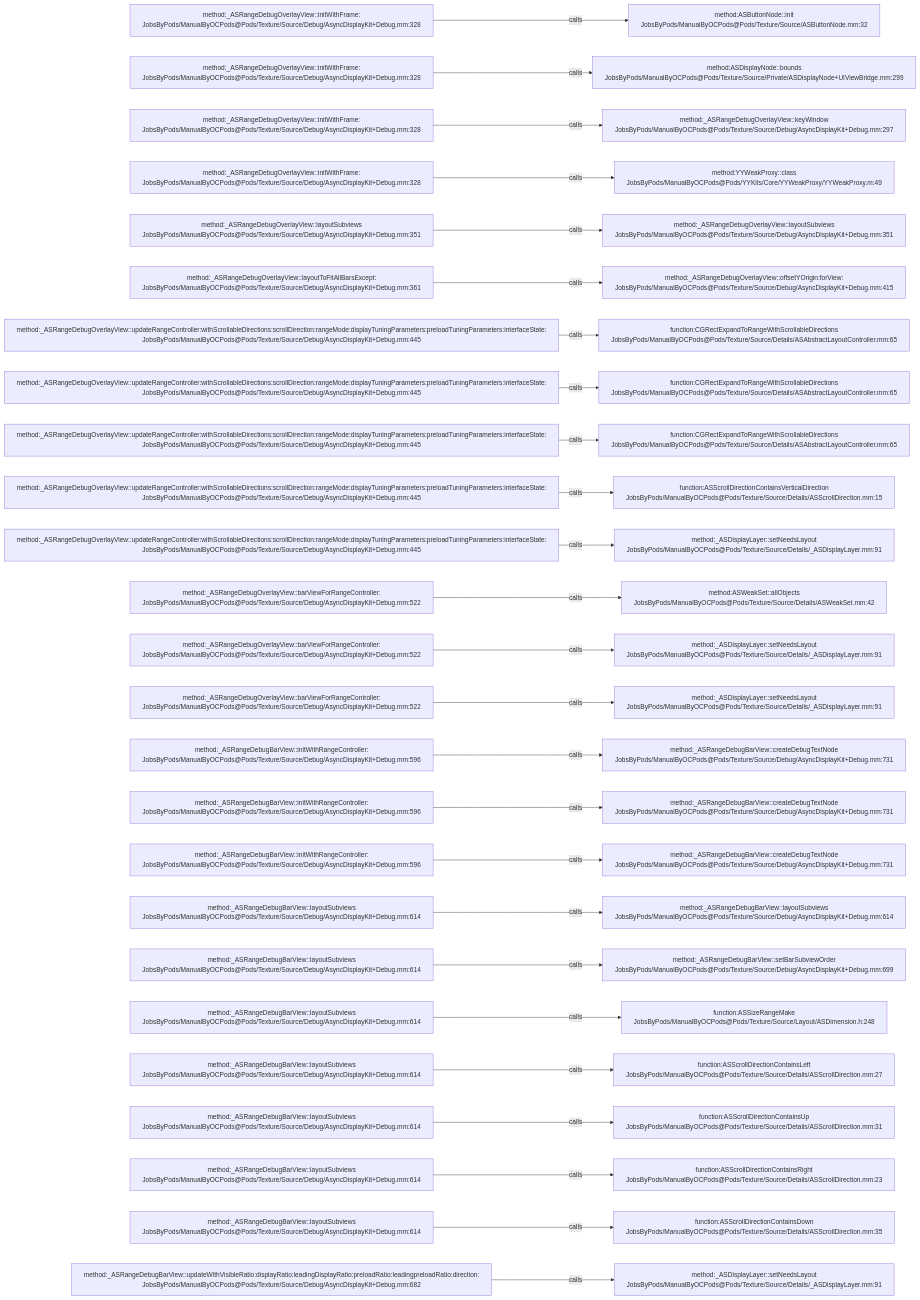
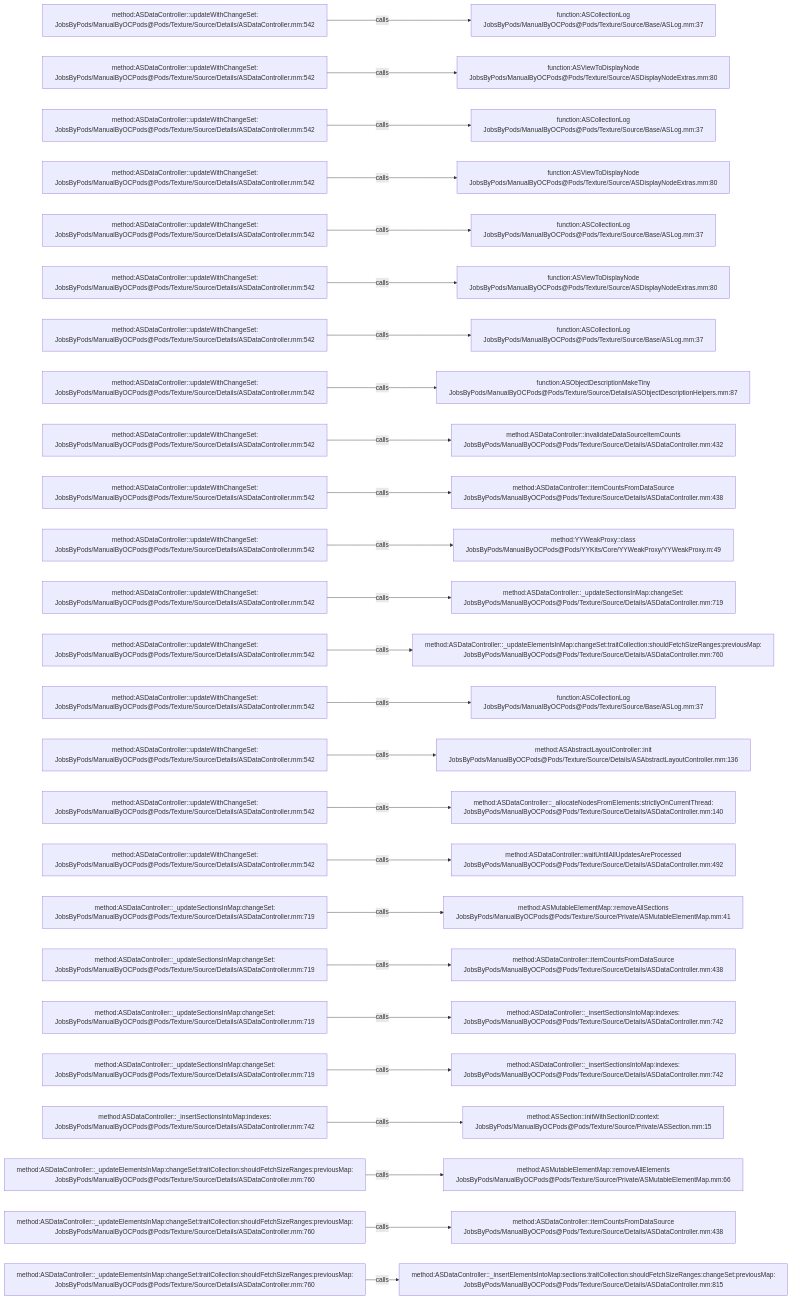
The diagram in .codegraph/codegraph.md/graphs/calls-147.md (JobsKits/JobsOCBaseConfigDemo), drawn with Mermaid before and after one commit. The commit also changed 1448 other files, not shown here.

````diff
--- a/.codegraph/codegraph.md/graphs/calls-147.md
+++ b/.codegraph/codegraph.md/graphs/calls-147.md
@@ -13,78 +13,78 @@
 ```mermaid
 flowchart LR
-  S1["method:_ASRangeDebugOverlayView::initWithFrame:<br/>JobsByPods/ManualByOCPods@Pods/Texture/Source/Debug/AsyncDisplayKit+Debug.mm:328"]
-  T1["method:ASButtonNode::init<br/>JobsByPods/ManualByOCPods@Pods/Texture/Source/ASButtonNode.mm:32"]
+  S1["method:ASDataController::updateWithChangeSet:<br/>JobsByPods/ManualByOCPods@Pods/Texture/Source/Details/ASDataController.mm:542"]
+  T1["function:ASCollectionLog<br/>JobsByPods/ManualByOCPods@Pods/Texture/Source/Base/ASLog.mm:37"]
   S1 -->|calls| T1
-  S2["method:_ASRangeDebugOverlayView::initWithFrame:<br/>JobsByPods/ManualByOCPods@Pods/Texture/Source/Debug/AsyncDisplayKit+Debug.mm:328"]
-  T2["method:ASDisplayNode::bounds<br/>JobsByPods/ManualByOCPods@Pods/Texture/Source/Private/ASDisplayNode+UIViewBridge.mm:299"]
+  S2["method:ASDataController::updateWithChangeSet:<br/>JobsByPods/ManualByOCPods@Pods/Texture/Source/Details/ASDataController.mm:542"]
+  T2["function:ASViewToDisplayNode<br/>JobsByPods/ManualByOCPods@Pods/Texture/Source/ASDisplayNodeExtras.mm:80"]
   S2 -->|calls| T2
-  S3["method:_ASRangeDebugOverlayView::initWithFrame:<br/>JobsByPods/ManualByOCPods@Pods/Texture/Source/Debug/AsyncDisplayKit+Debug.mm:328"]
-  T3["method:_ASRangeDebugOverlayView::keyWindow<br/>JobsByPods/ManualByOCPods@Pods/Texture/Source/Debug/AsyncDisplayKit+Debug.mm:297"]
+  S3["method:ASDataController::updateWithChangeSet:<br/>JobsByPods/ManualByOCPods@Pods/Texture/Source/Details/ASDataController.mm:542"]
+  T3["function:ASCollectionLog<br/>JobsByPods/ManualByOCPods@Pods/Texture/Source/Base/ASLog.mm:37"]
   S3 -->|calls| T3
-  S4["method:_ASRangeDebugOverlayView::initWithFrame:<br/>JobsByPods/ManualByOCPods@Pods/Texture/Source/Debug/AsyncDisplayKit+Debug.mm:328"]
-  T4["method:YYWeakProxy::class<br/>JobsByPods/ManualByOCPods@Pods/YYKits/Core/YYWeakProxy/YYWeakProxy.m:49"]
+  S4["method:ASDataController::updateWithChangeSet:<br/>JobsByPods/ManualByOCPods@Pods/Texture/Source/Details/ASDataController.mm:542"]
+  T4["function:ASViewToDisplayNode<br/>JobsByPods/ManualByOCPods@Pods/Texture/Source/ASDisplayNodeExtras.mm:80"]
   S4 -->|calls| T4
-  S5["method:_ASRangeDebugOverlayView::layoutSubviews<br/>JobsByPods/ManualByOCPods@Pods/Texture/Source/Debug/AsyncDisplayKit+Debug.mm:351"]
-  T5["method:_ASRangeDebugOverlayView::layoutSubviews<br/>JobsByPods/ManualByOCPods@Pods/Texture/Source/Debug/AsyncDisplayKit+Debug.mm:351"]
+  S5["method:ASDataController::updateWithChangeSet:<br/>JobsByPods/ManualByOCPods@Pods/Texture/Source/Details/ASDataController.mm:542"]
+  T5["function:ASCollectionLog<br/>JobsByPods/ManualByOCPods@Pods/Texture/Source/Base/ASLog.mm:37"]
   S5 -->|calls| T5
-  S6["method:_ASRangeDebugOverlayView::layoutToFitAllBarsExcept:<br/>JobsByPods/ManualByOCPods@Pods/Texture/Source/Debug/AsyncDisplayKit+Debug.mm:361"]
-  T6["method:_ASRangeDebugOverlayView::offsetYOrigin:forView:<br/>JobsByPods/ManualByOCPods@Pods/Texture/Source/Debug/AsyncDisplayKit+Debug.mm:415"]
+  S6["method:ASDataController::updateWithChangeSet:<br/>JobsByPods/ManualByOCPods@Pods/Texture/Source/Details/ASDataController.mm:542"]
+  T6["function:ASViewToDisplayNode<br/>JobsByPods/ManualByOCPods@Pods/Texture/Source/ASDisplayNodeExtras.mm:80"]
   S6 -->|calls| T6
-  S7["method:_ASRangeDebugOverlayView::updateRangeController:withScrollableDirections:scrollDirection:rangeMode:displayTuningParameters:preloadTuningParameters:interfaceState:<br/>JobsByPods/ManualByOCPods@Pods/Texture/Source/Debug/AsyncDisplayKit+Debug.mm:445"]
-  T7["function:CGRectExpandToRangeWithScrollableDirections<br/>JobsByPods/ManualByOCPods@Pods/Texture/Source/Details/ASAbstractLayoutController.mm:65"]
+  S7["method:ASDataController::updateWithChangeSet:<br/>JobsByPods/ManualByOCPods@Pods/Texture/Source/Details/ASDataController.mm:542"]
+  T7["function:ASCollectionLog<br/>JobsByPods/ManualByOCPods@Pods/Texture/Source/Base/ASLog.mm:37"]
   S7 -->|calls| T7
-  S8["method:_ASRangeDebugOverlayView::updateRangeController:withScrollableDirections:scrollDirection:rangeMode:displayTuningParameters:preloadTuningParameters:interfaceState:<br/>JobsByPods/ManualByOCPods@Pods/Texture/Source/Debug/AsyncDisplayKit+Debug.mm:445"]
-  T8["function:CGRectExpandToRangeWithScrollableDirections<br/>JobsByPods/ManualByOCPods@Pods/Texture/Source/Details/ASAbstractLayoutController.mm:65"]
+  S8["method:ASDataController::updateWithChangeSet:<br/>JobsByPods/ManualByOCPods@Pods/Texture/Source/Details/ASDataController.mm:542"]
+  T8["function:ASObjectDescriptionMakeTiny<br/>JobsByPods/ManualByOCPods@Pods/Texture/Source/Details/ASObjectDescriptionHelpers.mm:87"]
   S8 -->|calls| T8
-  S9["method:_ASRangeDebugOverlayView::updateRangeController:withScrollableDirections:scrollDirection:rangeMode:displayTuningParameters:preloadTuningParameters:interfaceState:<br/>JobsByPods/ManualByOCPods@Pods/Texture/Source/Debug/AsyncDisplayKit+Debug.mm:445"]
-  T9["function:CGRectExpandToRangeWithScrollableDirections<br/>JobsByPods/ManualByOCPods@Pods/Texture/Source/Details/ASAbstractLayoutController.mm:65"]
+  S9["method:ASDataController::updateWithChangeSet:<br/>JobsByPods/ManualByOCPods@Pods/Texture/Source/Details/ASDataController.mm:542"]
+  T9["method:ASDataController::invalidateDataSourceItemCounts<br/>JobsByPods/ManualByOCPods@Pods/Texture/Source/Details/ASDataController.mm:432"]
   S9 -->|calls| T9
-  S10["method:_ASRangeDebugOverlayView::updateRangeController:withScrollableDirections:scrollDirection:rangeMode:displayTuningParameters:preloadTuningParameters:interfaceState:<br/>JobsByPods/ManualByOCPods@Pods/Texture/Source/Debug/AsyncDisplayKit+Debug.mm:445"]
-  T10["function:ASScrollDirectionContainsVerticalDirection<br/>JobsByPods/ManualByOCPods@Pods/Texture/Source/Details/ASScrollDirection.mm:15"]
+  S10["method:ASDataController::updateWithChangeSet:<br/>JobsByPods/ManualByOCPods@Pods/Texture/Source/Details/ASDataController.mm:542"]
+  T10["method:ASDataController::itemCountsFromDataSource<br/>JobsByPods/ManualByOCPods@Pods/Texture/Source/Details/ASDataController.mm:438"]
   S10 -->|calls| T10
-  S11["method:_ASRangeDebugOverlayView::updateRangeController:withScrollableDirections:scrollDirection:rangeMode:displayTuningParameters:preloadTuningParameters:interfaceState:<br/>JobsByPods/ManualByOCPods@Pods/Texture/Source/Debug/AsyncDisplayKit+Debug.mm:445"]
-  T11["method:_ASDisplayLayer::setNeedsLayout<br/>JobsByPods/ManualByOCPods@Pods/Texture/Source/Details/_ASDisplayLayer.mm:91"]
+  S11["method:ASDataController::updateWithChangeSet:<br/>JobsByPods/ManualByOCPods@Pods/Texture/Source/Details/ASDataController.mm:542"]
+  T11["method:YYWeakProxy::class<br/>JobsByPods/ManualByOCPods@Pods/YYKits/Core/YYWeakProxy/YYWeakProxy.m:49"]
   S11 -->|calls| T11
-  S12["method:_ASRangeDebugOverlayView::barViewForRangeController:<br/>JobsByPods/ManualByOCPods@Pods/Texture/Source/Debug/AsyncDisplayKit+Debug.mm:522"]
-  T12["method:ASWeakSet::allObjects<br/>JobsByPods/ManualByOCPods@Pods/Texture/Source/Details/ASWeakSet.mm:42"]
+  S12["method:ASDataController::updateWithChangeSet:<br/>JobsByPods/ManualByOCPods@Pods/Texture/Source/Details/ASDataController.mm:542"]
+  T12["method:ASDataController::_updateSectionsInMap:changeSet:<br/>JobsByPods/ManualByOCPods@Pods/Texture/Source/Details/ASDataController.mm:719"]
   S12 -->|calls| T12
-  S13["method:_ASRangeDebugOverlayView::barViewForRangeController:<br/>JobsByPods/ManualByOCPods@Pods/Texture/Source/Debug/AsyncDisplayKit+Debug.mm:522"]
-  T13["method:_ASDisplayLayer::setNeedsLayout<br/>JobsByPods/ManualByOCPods@Pods/Texture/Source/Details/_ASDisplayLayer.mm:91"]
+  S13["method:ASDataController::updateWithChangeSet:<br/>JobsByPods/ManualByOCPods@Pods/Texture/Source/Details/ASDataController.mm:542"]
+  T13["method:ASDataController::_updateElementsInMap:changeSet:traitCollection:shouldFetchSizeRanges:previousMap:<br/>JobsByPods/ManualByOCPods@Pods/Texture/Source/Details/ASDataController.mm:760"]
   S13 -->|calls| T13
-  S14["method:_ASRangeDebugOverlayView::barViewForRangeController:<br/>JobsByPods/ManualByOCPods@Pods/Texture/Source/Debug/AsyncDisplayKit+Debug.mm:522"]
-  T14["method:_ASDisplayLayer::setNeedsLayout<br/>JobsByPods/ManualByOCPods@Pods/Texture/Source/Details/_ASDisplayLayer.mm:91"]
+  S14["method:ASDataController::updateWithChangeSet:<br/>JobsByPods/ManualByOCPods@Pods/Texture/Source/Details/ASDataController.mm:542"]
+  T14["function:ASCollectionLog<br/>JobsByPods/ManualByOCPods@Pods/Texture/Source/Base/ASLog.mm:37"]
   S14 -->|calls| T14
-  S15["method:_ASRangeDebugBarView::initWithRangeController:<br/>JobsByPods/ManualByOCPods@Pods/Texture/Source/Debug/AsyncDisplayKit+Debug.mm:596"]
-  T15["method:_ASRangeDebugBarView::createDebugTextNode<br/>JobsByPods/ManualByOCPods@Pods/Texture/Source/Debug/AsyncDisplayKit+Debug.mm:731"]
+  S15["method:ASDataController::updateWithChangeSet:<br/>JobsByPods/ManualByOCPods@Pods/Texture/Source/Details/ASDataController.mm:542"]
+  T15["method:ASAbstractLayoutController::init<br/>JobsByPods/ManualByOCPods@Pods/Texture/Source/Details/ASAbstractLayoutController.mm:136"]
   S15 -->|calls| T15
-  S16["method:_ASRangeDebugBarView::initWithRangeController:<br/>JobsByPods/ManualByOCPods@Pods/Texture/Source/Debug/AsyncDisplayKit+Debug.mm:596"]
-  T16["method:_ASRangeDebugBarView::createDebugTextNode<br/>JobsByPods/ManualByOCPods@Pods/Texture/Source/Debug/AsyncDisplayKit+Debug.mm:731"]
+  S16["method:ASDataController::updateWithChangeSet:<br/>JobsByPods/ManualByOCPods@Pods/Texture/Source/Details/ASDataController.mm:542"]
+  T16["method:ASDataController::_allocateNodesFromElements:strictlyOnCurrentThread:<br/>JobsByPods/ManualByOCPods@Pods/Texture/Source/Details/ASDataController.mm:140"]
   S16 -->|calls| T16
-  S17["method:_ASRangeDebugBarView::initWithRangeController:<br/>JobsByPods/ManualByOCPods@Pods/Texture/Source/Debug/AsyncDisplayKit+Debug.mm:596"]
-  T17["method:_ASRangeDebugBarView::createDebugTextNode<br/>JobsByPods/ManualByOCPods@Pods/Texture/Source/Debug/AsyncDisplayKit+Debug.mm:731"]
+  S17["method:ASDataController::updateWithChangeSet:<br/>JobsByPods/ManualByOCPods@Pods/Texture/Source/Details/ASDataController.mm:542"]
+  T17["method:ASDataController::waitUntilAllUpdatesAreProcessed<br/>JobsByPods/ManualByOCPods@Pods/Texture/Source/Details/ASDataController.mm:492"]
   S17 -->|calls| T17
-  S18["method:_ASRangeDebugBarView::layoutSubviews<br/>JobsByPods/ManualByOCPods@Pods/Texture/Source/Debug/AsyncDisplayKit+Debug.mm:614"]
-  T18["method:_ASRangeDebugBarView::layoutSubviews<br/>JobsByPods/ManualByOCPods@Pods/Texture/Source/Debug/AsyncDisplayKit+Debug.mm:614"]
+  S18["method:ASDataController::_updateSectionsInMap:changeSet:<br/>JobsByPods/ManualByOCPods@Pods/Texture/Source/Details/ASDataController.mm:719"]
+  T18["method:ASMutableElementMap::removeAllSections<br/>JobsByPods/ManualByOCPods@Pods/Texture/Source/Private/ASMutableElementMap.mm:41"]
   S18 -->|calls| T18
-  S19["method:_ASRangeDebugBarView::layoutSubviews<br/>JobsByPods/ManualByOCPods@Pods/Texture/Source/Debug/AsyncDisplayKit+Debug.mm:614"]
-  T19["method:_ASRangeDebugBarView::setBarSubviewOrder<br/>JobsByPods/ManualByOCPods@Pods/Texture/Source/Debug/AsyncDisplayKit+Debug.mm:699"]
+  S19["method:ASDataController::_updateSectionsInMap:changeSet:<br/>JobsByPods/ManualByOCPods@Pods/Texture/Source/Details/ASDataController.mm:719"]
+  T19["method:ASDataController::itemCountsFromDataSource<br/>JobsByPods/ManualByOCPods@Pods/Texture/Source/Details/ASDataController.mm:438"]
   S19 -->|calls| T19
-  S20["method:_ASRangeDebugBarView::layoutSubviews<br/>JobsByPods/ManualByOCPods@Pods/Texture/Source/Debug/AsyncDisplayKit+Debug.mm:614"]
-  T20["function:ASSizeRangeMake<br/>JobsByPods/ManualByOCPods@Pods/Texture/Source/Layout/ASDimension.h:248"]
+  S20["method:ASDataController::_updateSectionsInMap:changeSet:<br/>JobsByPods/ManualByOCPods@Pods/Texture/Source/Details/ASDataController.mm:719"]
+  T20["method:ASDataController::_insertSectionsIntoMap:indexes:<br/>JobsByPods/ManualByOCPods@Pods/Texture/Source/Details/ASDataController.mm:742"]
   S20 -->|calls| T20
-  S21["method:_ASRangeDebugBarView::layoutSubviews<br/>JobsByPods/ManualByOCPods@Pods/Texture/Source/Debug/AsyncDisplayKit+Debug.mm:614"]
-  T21["function:ASScrollDirectionContainsLeft<br/>JobsByPods/ManualByOCPods@Pods/Texture/Source/Details/ASScrollDirection.mm:27"]
+  S21["method:ASDataController::_updateSectionsInMap:changeSet:<br/>JobsByPods/ManualByOCPods@Pods/Texture/Source/Details/ASDataController.mm:719"]
+  T21["method:ASDataController::_insertSectionsIntoMap:indexes:<br/>JobsByPods/ManualByOCPods@Pods/Texture/Source/Details/ASDataController.mm:742"]
   S21 -->|calls| T21
-  S22["method:_ASRangeDebugBarView::layoutSubviews<br/>JobsByPods/ManualByOCPods@Pods/Texture/Source/Debug/AsyncDisplayKit+Debug.mm:614"]
-  T22["function:ASScrollDirectionContainsUp<br/>JobsByPods/ManualByOCPods@Pods/Texture/Source/Details/ASScrollDirection.mm:31"]
+  S22["method:ASDataController::_insertSectionsIntoMap:indexes:<br/>JobsByPods/ManualByOCPods@Pods/Texture/Source/Details/ASDataController.mm:742"]
+  T22["method:ASSection::initWithSectionID:context:<br/>JobsByPods/ManualByOCPods@Pods/Texture/Source/Private/ASSection.mm:15"]
   S22 -->|calls| T22
-  S23["method:_ASRangeDebugBarView::layoutSubviews<br/>JobsByPods/ManualByOCPods@Pods/Texture/Source/Debug/AsyncDisplayKit+Debug.mm:614"]
-  T23["function:ASScrollDirectionContainsRight<br/>JobsByPods/ManualByOCPods@Pods/Texture/Source/Details/ASScrollDirection.mm:23"]
+  S23["method:ASDataController::_updateElementsInMap:changeSet:traitCollection:shouldFetchSizeRanges:previousMap:<br/>JobsByPods/ManualByOCPods@Pods/Texture/Source/Details/ASDataController.mm:760"]
+  T23["method:ASMutableElementMap::removeAllElements<br/>JobsByPods/ManualByOCPods@Pods/Texture/Source/Private/ASMutableElementMap.mm:66"]
   S23 -->|calls| T23
-  S24["method:_ASRangeDebugBarView::layoutSubviews<br/>JobsByPods/ManualByOCPods@Pods/Texture/Source/Debug/AsyncDisplayKit+Debug.mm:614"]
-  T24["function:ASScrollDirectionContainsDown<br/>JobsByPods/ManualByOCPods@Pods/Texture/Source/Details/ASScrollDirection.mm:35"]
+  S24["method:ASDataController::_updateElementsInMap:changeSet:traitCollection:shouldFetchSizeRanges:previousMap:<br/>JobsByPods/ManualByOCPods@Pods/Texture/Source/Details/ASDataController.mm:760"]
+  T24["method:ASDataController::itemCountsFromDataSource<br/>JobsByPods/ManualByOCPods@Pods/Texture/Source/Details/ASDataController.mm:438"]
   S24 -->|calls| T24
-  S25["method:_ASRangeDebugBarView::updateWithVisibleRatio:displayRatio:leadingDisplayRatio:preloadRatio:leadingpreloadRatio:direction:<br/>JobsByPods/ManualByOCPods@Pods/Texture/Source/Debug/AsyncDisplayKit+Debug.mm:682"]
-  T25["method:_ASDisplayLayer::setNeedsLayout<br/>JobsByPods/ManualByOCPods@Pods/Texture/Source/Details/_ASDisplayLayer.mm:91"]
+  S25["method:ASDataController::_updateElementsInMap:changeSet:traitCollection:shouldFetchSizeRanges:previousMap:<br/>JobsByPods/ManualByOCPods@Pods/Texture/Source/Details/ASDataController.mm:760"]
+  T25["method:ASDataController::_insertElementsIntoMap:sections:traitCollection:shouldFetchSizeRanges:changeSet:previousMap:<br/>JobsByPods/ManualByOCPods@Pods/Texture/Source/Details/ASDataController.mm:815"]
   S25 -->|calls| T25
 ```
````
